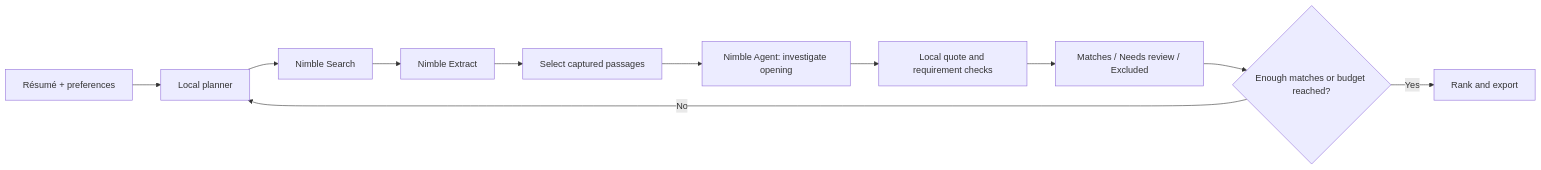
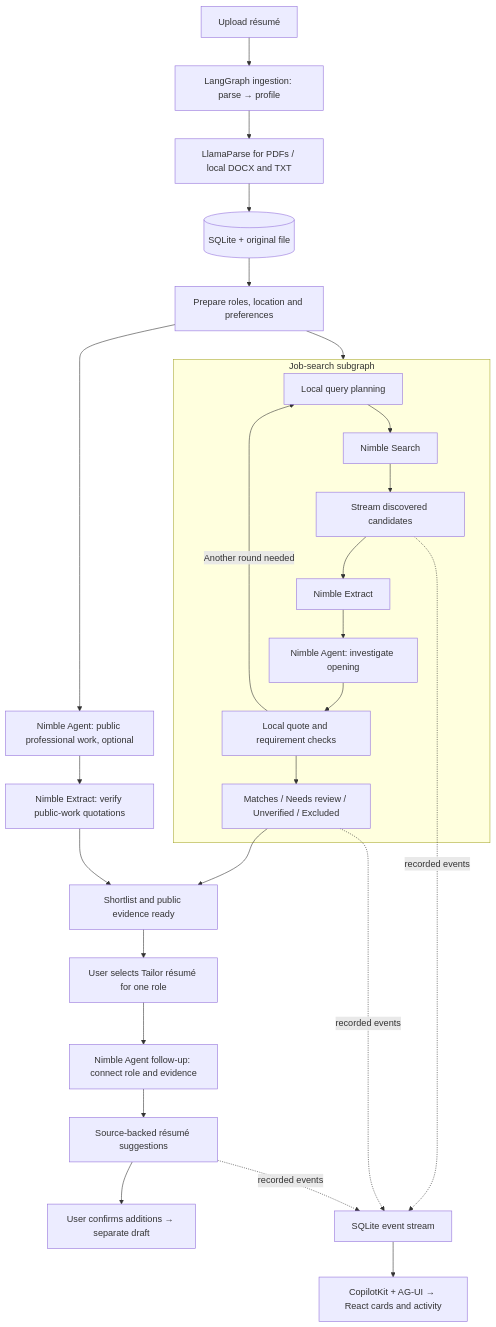
The diagram in README.md (ojusave/nimble-proof-agent), drawn with Mermaid before and after one commit. The commit also changed other lines of this file and 65 other files, not shown here.

Commit message:
Add modular research, PDF ingestion, execution traces and reviewed tailoring

````diff
--- a/README.md
+++ b/README.md
@@ -78,13 +93,29 @@
 ```mermaid
-flowchart LR
-    U[Résumé + preferences] --> P[Local planner]
-    P --> S[Nimble Search]
-    S --> E[Nimble Extract]
-    E --> C[Select captured passages]
-    C --> A[Nimble Agent: investigate opening]
-    A --> V[Local quote and requirement checks]
-    V --> R[Matches / Needs review / Excluded]
-    R --> B{Enough matches or budget reached?}
-    B -->|No| P
-    B -->|Yes| F[Rank and export]
+flowchart TD
+    UP[Upload résumé] --> ING[LangGraph ingestion: parse → profile]
+    ING --> PDF[LlamaParse for PDFs / local DOCX and TXT]
+    PDF --> DB[(SQLite + original file)]
+    DB --> PREP[Prepare roles, location and preferences]
+    PREP --> JOBS
+    PREP --> PERSON[Nimble Agent: public professional work, optional]
+    subgraph JOBS[Job-search subgraph]
+      PLAN[Local query planning] --> SEARCH[Nimble Search]
+      SEARCH --> FOUND[Stream discovered candidates]
+      FOUND --> EXTRACT[Nimble Extract]
+      EXTRACT --> AGENT[Nimble Agent: investigate opening]
+      AGENT --> CHECK[Local quote and requirement checks]
+      CHECK -->|Another round needed| PLAN
+      CHECK --> SHORT[Matches / Needs review / Unverified / Excluded]
+    end
+    PERSON --> SOURCES[Nimble Extract: verify public-work quotations]
+    SHORT --> READY[Shortlist and public evidence ready]
+    SOURCES --> READY
+    READY --> SELECT[User selects Tailor résumé for one role]
+    SELECT --> JOIN[Nimble Agent follow-up: connect role and evidence]
+    JOIN --> DRAFT[Source-backed résumé suggestions]
+    DRAFT --> CONFIRM[User confirms additions → separate draft]
+    FOUND -. recorded events .-> EVENTS[SQLite event stream]
+    SHORT -. recorded events .-> EVENTS
+    DRAFT -. recorded events .-> EVENTS
+    EVENTS --> UI[CopilotKit + AG-UI → React cards and activity]
 ```
````
